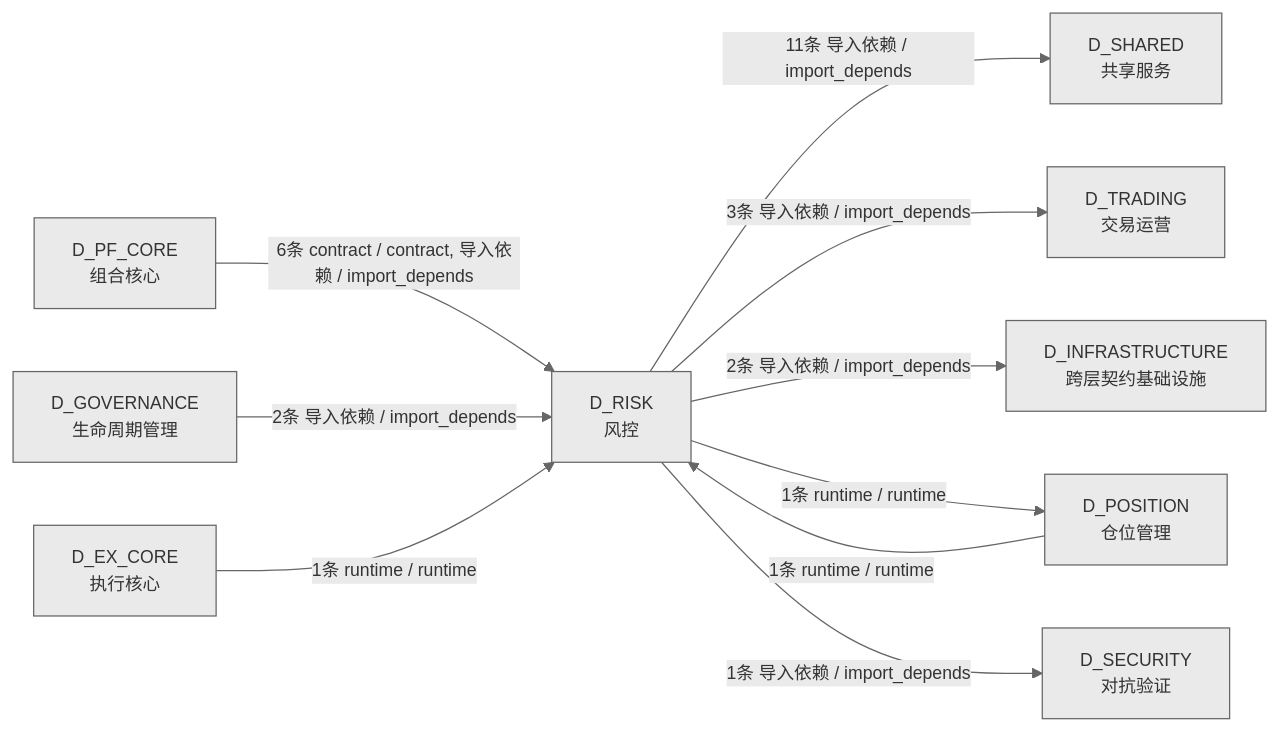
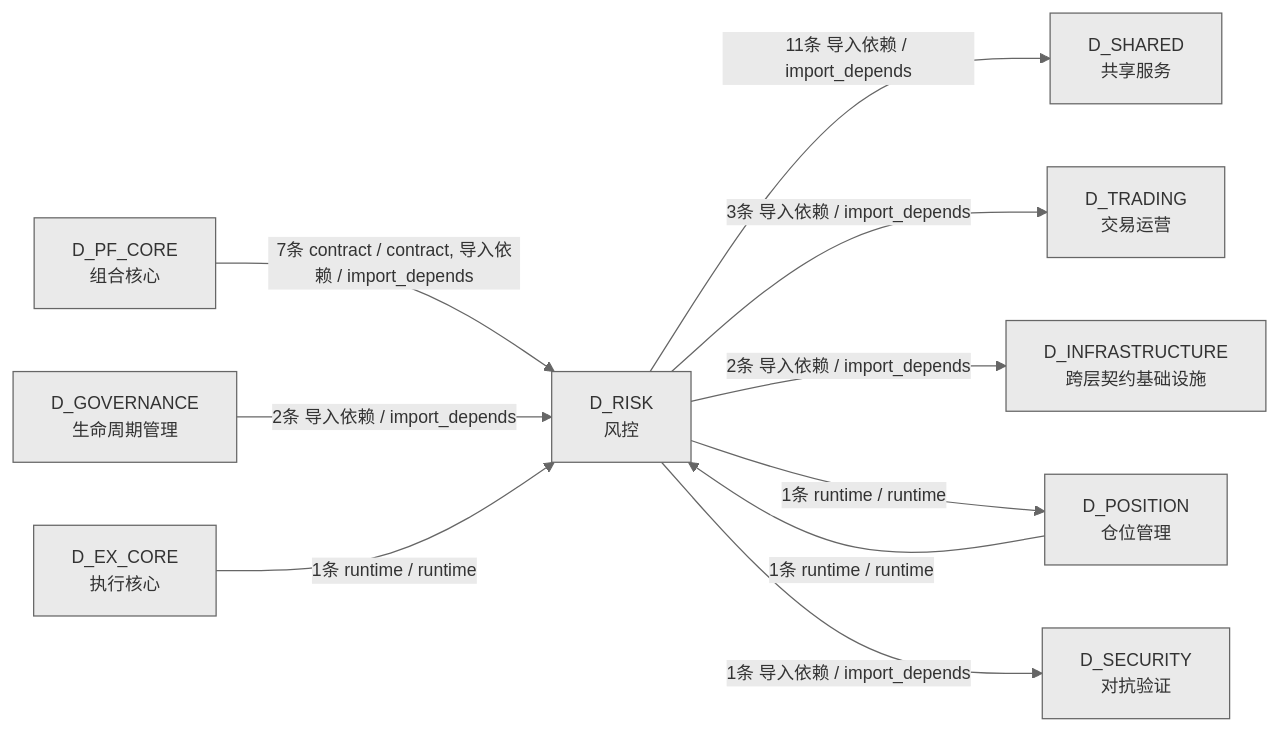
Before and after one commit to xuanFelixVan/ZephyrAlpha: the third of 3 diagrams in docs/02_enterprise_architecture/02_domain_architecture_docs/65_d_risk.md, drawn with Mermaid. The commit also changed other lines of this file and 49 other files, not shown here.

````diff
--- a/docs/02_enterprise_architecture/02_domain_architecture_docs/65_d_risk.md
+++ b/docs/02_enterprise_architecture/02_domain_architecture_docs/65_d_risk.md
@@ -283,22 +283,22 @@
 ```mermaid
 %%{init: {'theme': 'base', 'themeVariables': {'primaryColor': '#eaeaea', 'primaryTextColor': '#333333', 'primaryBorderColor': '#666666', 'lineColor': '#666666', 'secondaryColor': '#eaeaea', 'tertiaryColor': '#eaeaea', 'fontSize': '14px'}}}%%
 graph LR
     D_RISK["D_RISK<br/>风控"]
     D_SHARED["D_SHARED<br/>共享服务"]
     D_TRADING["D_TRADING<br/>交易运营"]
     D_INFRASTRUCTURE["D_INFRASTRUCTURE<br/>跨层契约基础设施"]
     D_POSITION["D_POSITION<br/>仓位管理"]
     D_SECURITY["D_SECURITY<br/>对抗验证"]
     D_PF_CORE["D_PF_CORE<br/>组合核心"]
     D_GOVERNANCE["D_GOVERNANCE<br/>生命周期管理"]
     D_EX_CORE["D_EX_CORE<br/>执行核心"]
     D_RISK -->|11条 导入依赖 / import_depends| D_SHARED
     D_RISK -->|3条 导入依赖 / import_depends| D_TRADING
     D_RISK -->|2条 导入依赖 / import_depends| D_INFRASTRUCTURE
     D_RISK -->|1条 runtime / runtime| D_POSITION
     D_RISK -->|1条 导入依赖 / import_depends| D_SECURITY
-    D_PF_CORE -->|6条 contract / contract, 导入依赖 / import_depends| D_RISK
+    D_PF_CORE -->|7条 contract / contract, 导入依赖 / import_depends| D_RISK
     D_GOVERNANCE -->|2条 导入依赖 / import_depends| D_RISK
     D_EX_CORE -->|1条 runtime / runtime| D_RISK
     D_POSITION -->|1条 runtime / runtime| D_RISK
 ```
````
